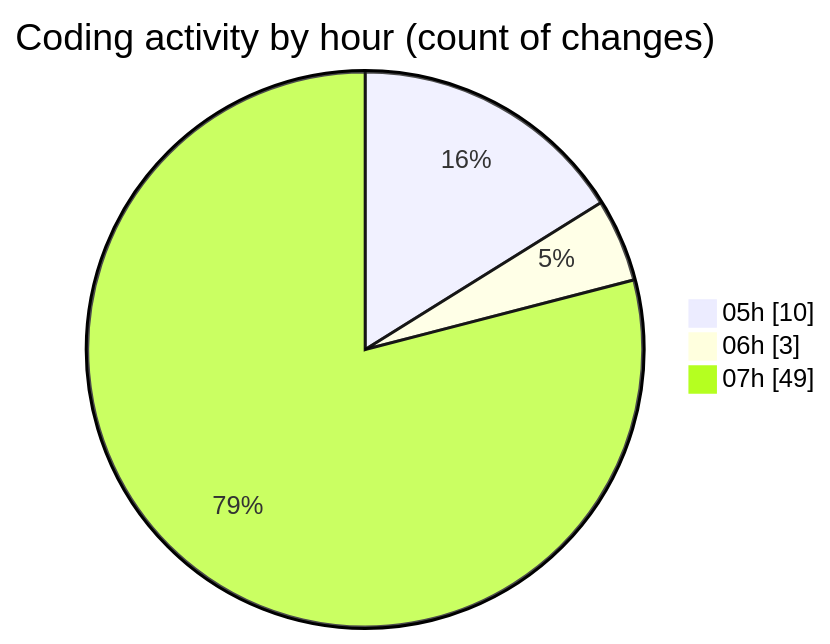
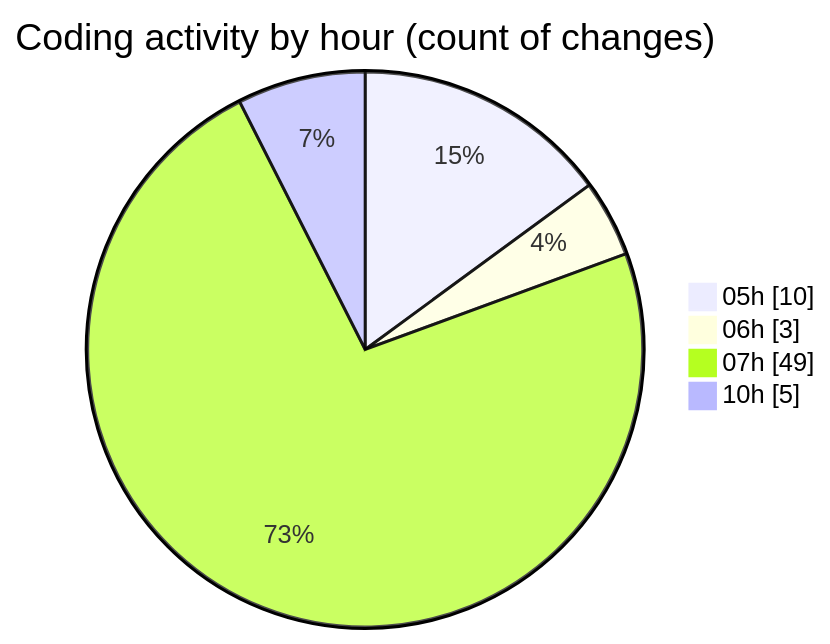
Before and after one commit to vahidmafi/code-tracking: the second of 2 diagrams in 2025-09-06/shop/README.md, drawn with Mermaid. The commit also changed other lines of this file and 1 other file, not shown here.

````diff
--- a/2025-09-06/shop/README.md
+++ b/2025-09-06/shop/README.md
@@ -41,7 +45,8 @@
 ```mermaid
 pie showData
 title Coding activity by hour (count of changes)
 "05h" : 10
 "06h" : 3
 "07h" : 49
+"10h" : 5
 ```
````
